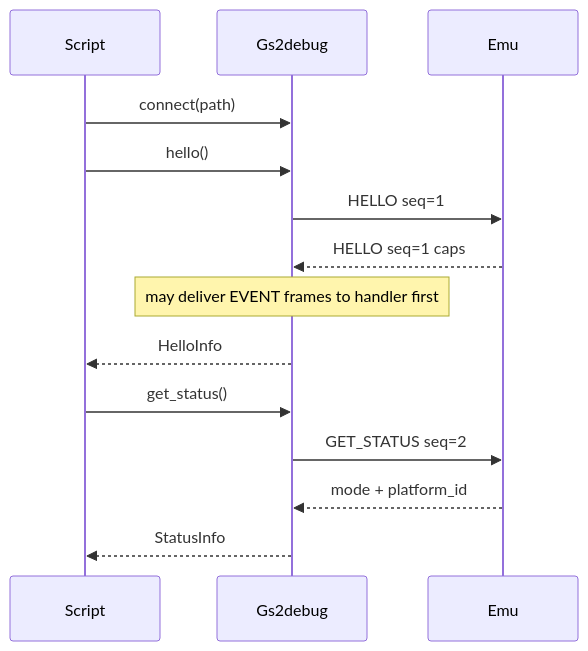
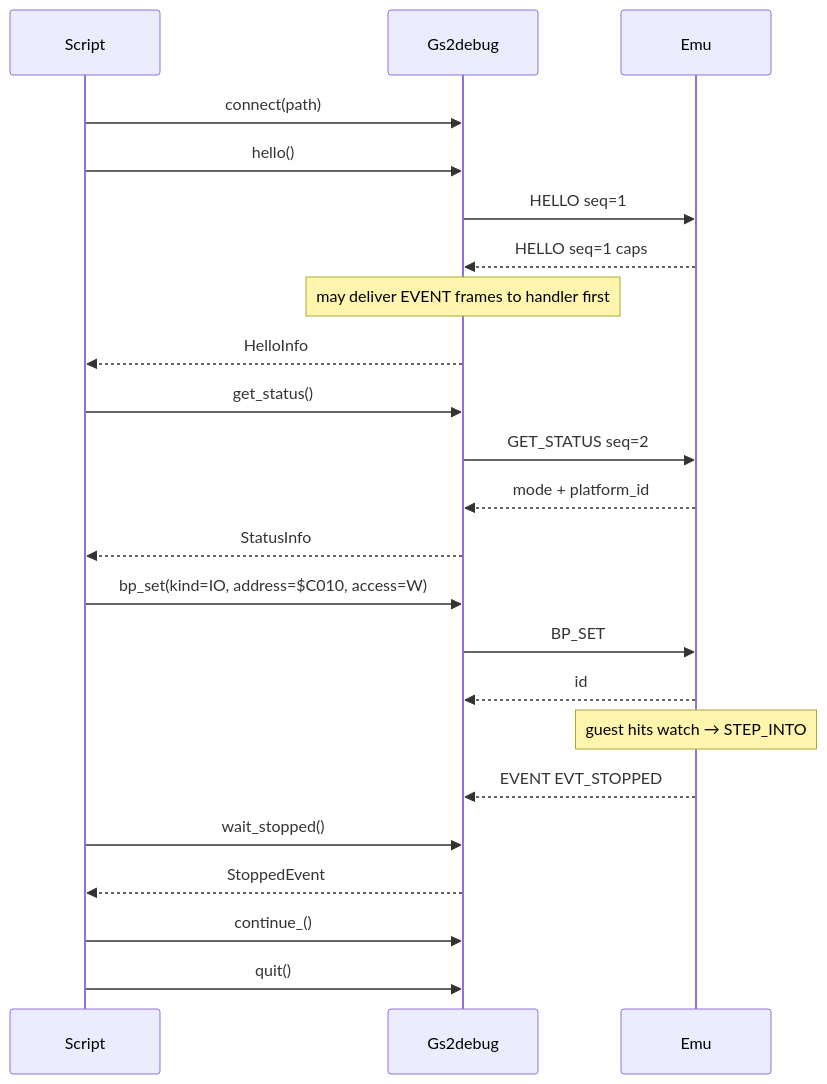
One commit to jawaidbazyar2/gssquared changed the diagram in Docs/DebugClient.md. Above: the diagram before and after it, drawn with Mermaid. The commit also changed other lines of this file and 23 other files, not shown here.

````diff
--- a/Docs/DebugClient.md
+++ b/Docs/DebugClient.md
@@ -189,17 +280,26 @@
 ```mermaid
 sequenceDiagram
   participant Script
   participant Gs2debug
   participant Emu
 
   Script->>Gs2debug: connect(path)
   Script->>Gs2debug: hello()
   Gs2debug->>Emu: HELLO seq=1
   Emu-->>Gs2debug: HELLO seq=1 caps
   Note over Gs2debug: may deliver EVENT frames to handler first
   Gs2debug-->>Script: HelloInfo
   Script->>Gs2debug: get_status()
   Gs2debug->>Emu: GET_STATUS seq=2
   Emu-->>Gs2debug: mode + platform_id
   Gs2debug-->>Script: StatusInfo
+  Script->>Gs2debug: bp_set(kind=IO, address=$C010, access=W)
+  Gs2debug->>Emu: BP_SET
+  Emu-->>Gs2debug: id
+  Note over Emu: guest hits watch → STEP_INTO
+  Emu-->>Gs2debug: EVENT EVT_STOPPED
+  Script->>Gs2debug: wait_stopped()
+  Gs2debug-->>Script: StoppedEvent
+  Script->>Gs2debug: continue_()
+  Script->>Gs2debug: quit()
 ```
````
